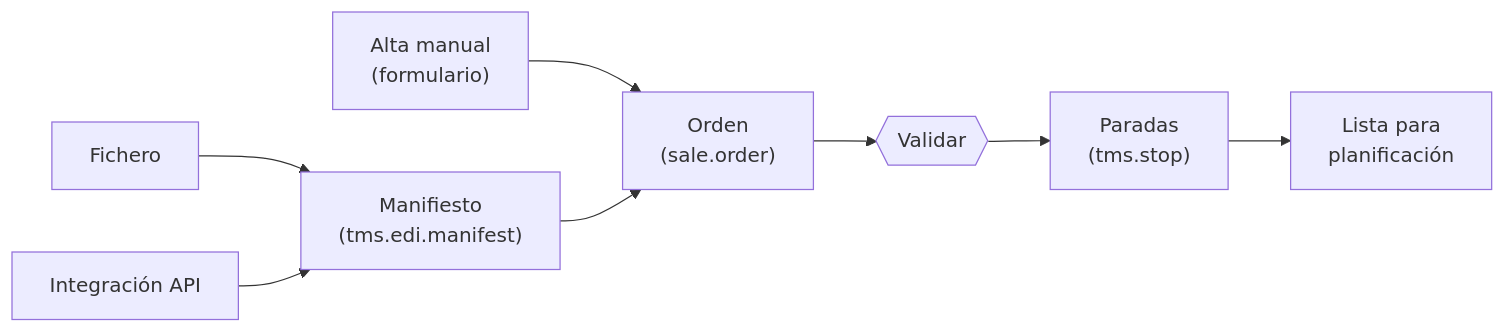
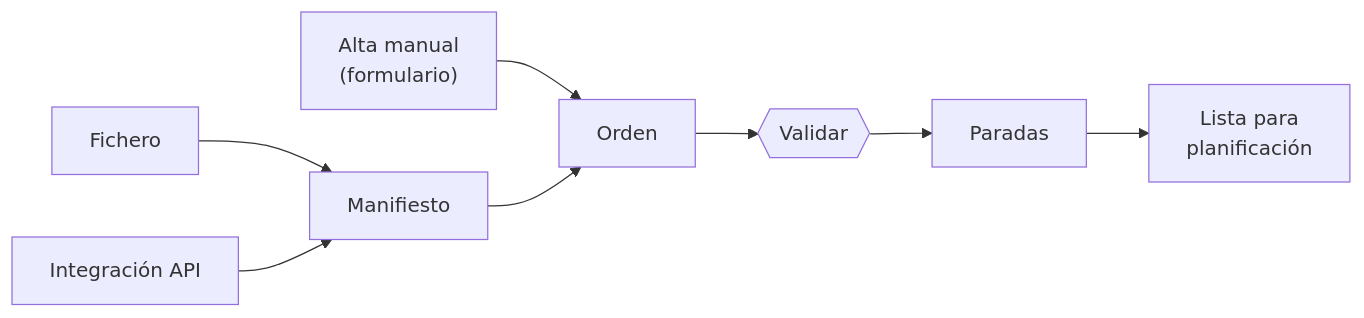
The diagram in source/17.0/5_operational-flows/5_1_order-creation.rst (pacoborrego/guraify-tms-docs), drawn with Mermaid before and after one commit. The commit also changed other lines of this file and 11 other files, not shown here.

Commit message:
260908_V06 — D8 cap. 5: flujos redactados paso a paso desde el código (asignación, app, cierre, tarificación, facturación), mermaid del ciclo completo, referencia técnica de estados de la app

```diff
--- a/source/17.0/5_operational-flows/5_1_order-creation.rst
+++ b/source/17.0/5_operational-flows/5_1_order-creation.rst
@@ -22,10 +21,10 @@
 .. mermaid::
 
    flowchart LR
-       MAN["Alta manual<br/>(formulario)"] --> ORD["Orden<br/>(sale.order)"]
-       FILE["Fichero"] --> MF["Manifiesto<br/>(tms.edi.manifest)"]
+       MAN["Alta manual<br/>(formulario)"] --> ORD["Orden"]
+       FILE["Fichero"] --> MF["Manifiesto"]
        API["Integración API"] --> MF
        MF --> ORD
        ORD --> VAL{{"Validar"}}
-       VAL --> ST["Paradas<br/>(tms.stop)"]
+       VAL --> ST["Paradas"]
        ST --> PLAN["Lista para<br/>planificación"]
```
